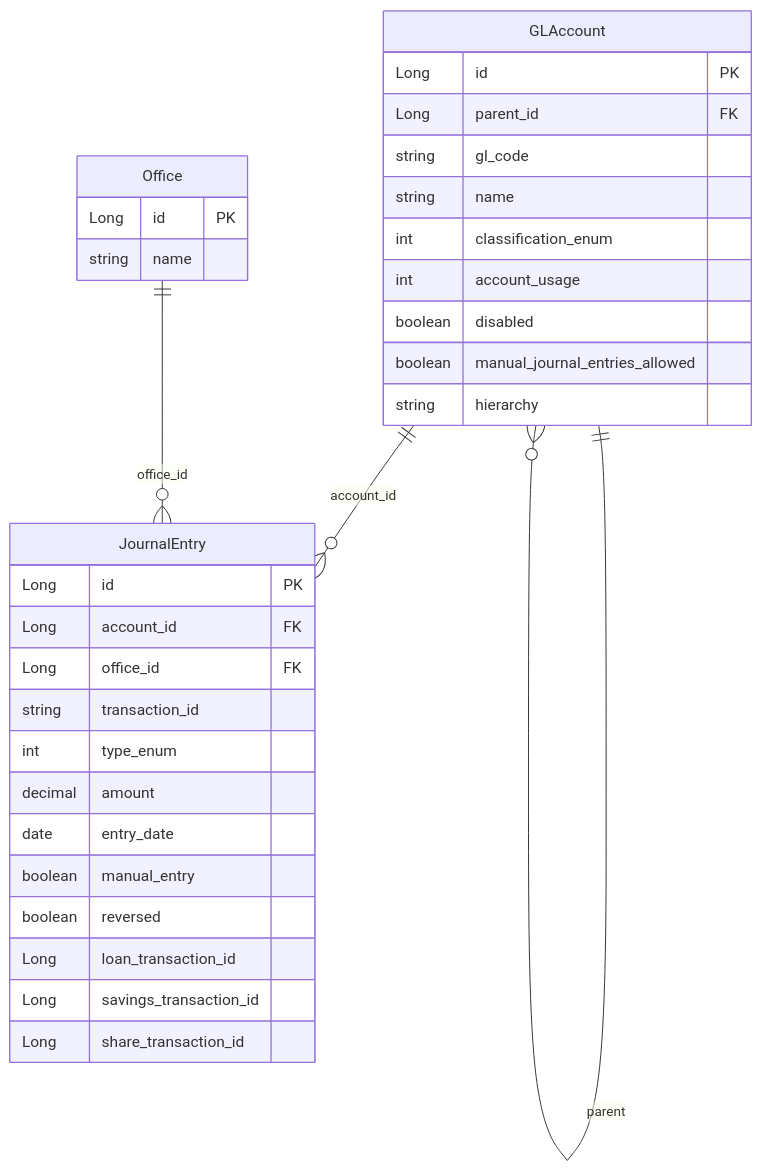
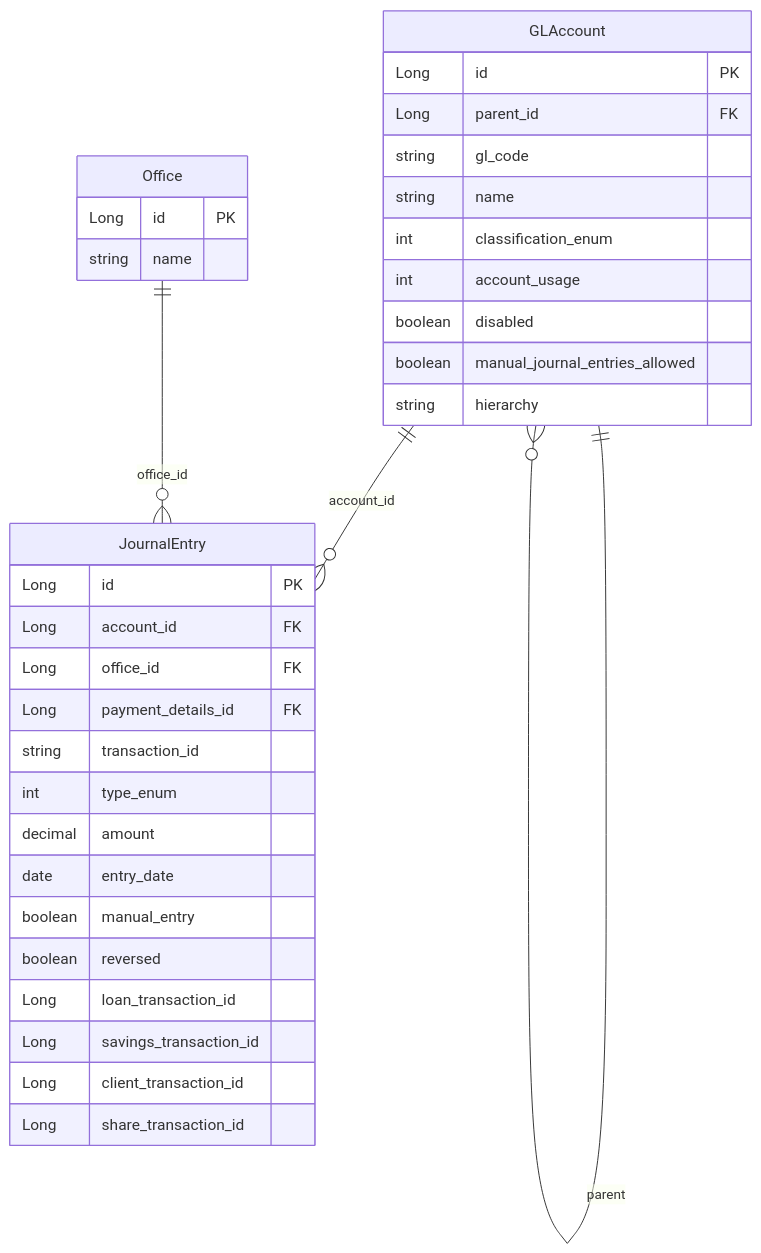
The diagram in accounting/general-ledger.mdx (mintlify-atlas/docs-wiki-011f043b), drawn with Mermaid before and after one commit. The commit also changed other lines of this file and 24 other files, not shown here.

````diff
--- a/accounting/general-ledger.mdx
+++ b/accounting/general-ledger.mdx
@@ -152,35 +152,37 @@
 ```mermaid
 erDiagram
     GLAccount {
         Long id PK
         Long parent_id FK
         string gl_code
         string name
         int classification_enum
         int account_usage
         boolean disabled
         boolean manual_journal_entries_allowed
         string hierarchy
     }
     JournalEntry {
         Long id PK
         Long account_id FK
         Long office_id FK
+        Long payment_details_id FK
         string transaction_id
         int type_enum
         decimal amount
         date entry_date
         boolean manual_entry
         boolean reversed
         Long loan_transaction_id
         Long savings_transaction_id
+        Long client_transaction_id
         Long share_transaction_id
     }
     Office {
         Long id PK
         string name
     }
     GLAccount ||--o{ GLAccount : "parent"
     GLAccount ||--o{ JournalEntry : "account_id"
     Office ||--o{ JournalEntry : "office_id"
 ```
````
